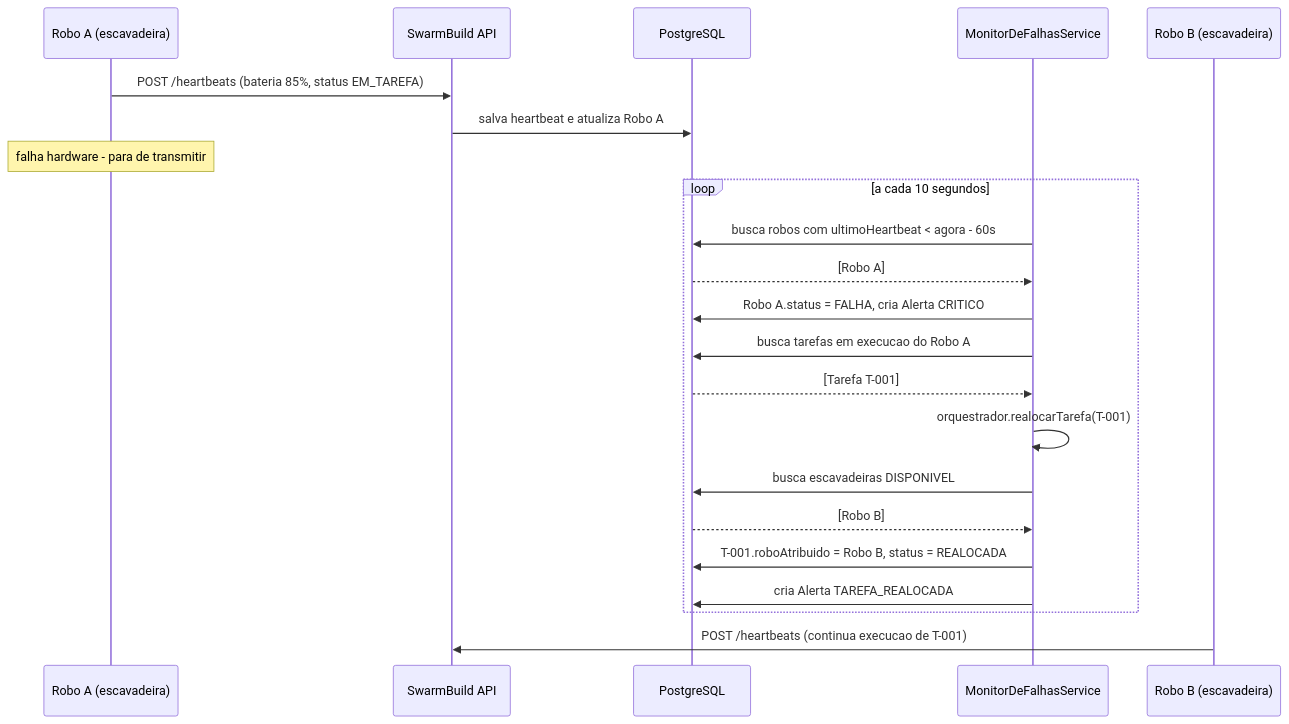
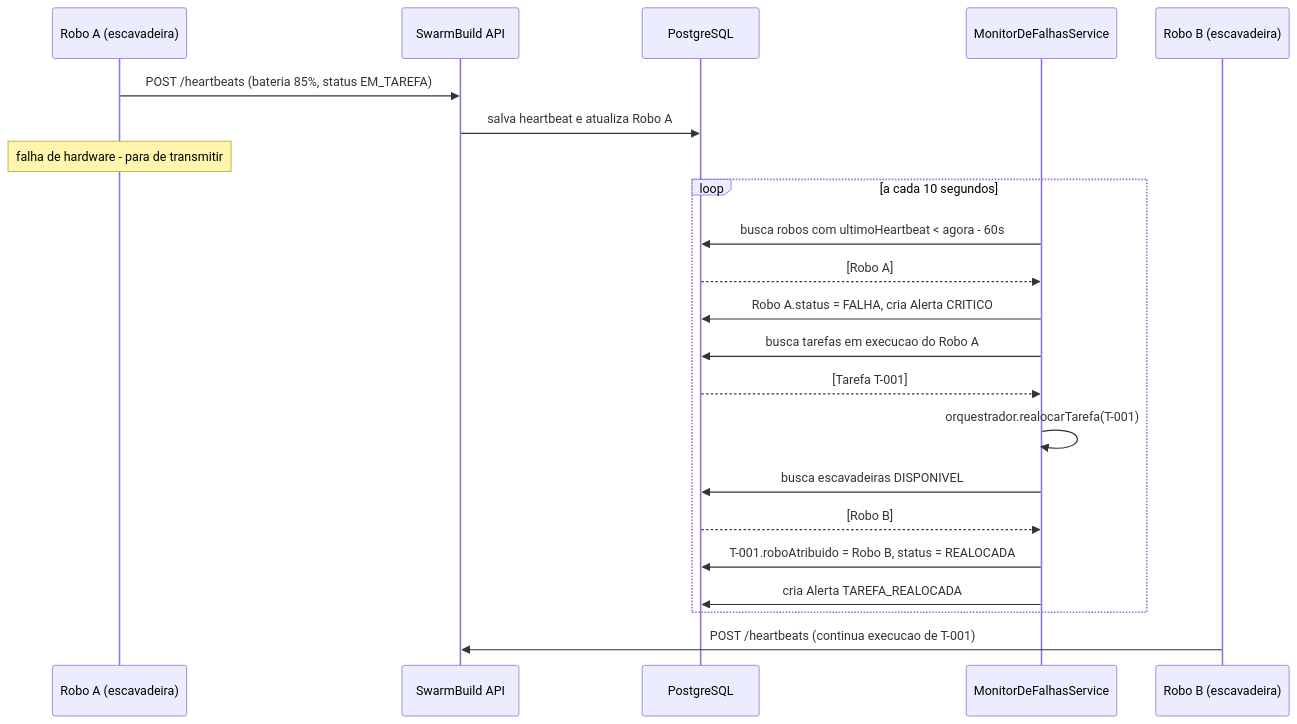
One commit to gab-gouvea/GS_2026_FIAP_SOA changed the diagram in README.md. Above: the diagram before and after it, drawn with Mermaid. The commit also changed other lines of this file, not shown here.

````diff
--- a/README.md
+++ b/README.md
@@ -59,28 +114,28 @@
 ```mermaid
 sequenceDiagram
     participant R1 as Robo A (escavadeira)
     participant API as SwarmBuild API
     participant DB as PostgreSQL
     participant MON as MonitorDeFalhasService
     participant R2 as Robo B (escavadeira)
 
     R1->>API: POST /heartbeats (bateria 85%, status EM_TAREFA)
     API->>DB: salva heartbeat e atualiza Robo A
 
-    Note over R1: falha hardware - para de transmitir
+    Note over R1: falha de hardware - para de transmitir
 
     loop a cada 10 segundos
         MON->>DB: busca robos com ultimoHeartbeat < agora - 60s
         DB-->>MON: [Robo A]
         MON->>DB: Robo A.status = FALHA, cria Alerta CRITICO
         MON->>DB: busca tarefas em execucao do Robo A
         DB-->>MON: [Tarefa T-001]
         MON->>MON: orquestrador.realocarTarefa(T-001)
         MON->>DB: busca escavadeiras DISPONIVEL
         DB-->>MON: [Robo B]
         MON->>DB: T-001.roboAtribuido = Robo B, status = REALOCADA
         MON->>DB: cria Alerta TAREFA_REALOCADA
     end
 
     R2->>API: POST /heartbeats (continua execucao de T-001)
 ```
````
